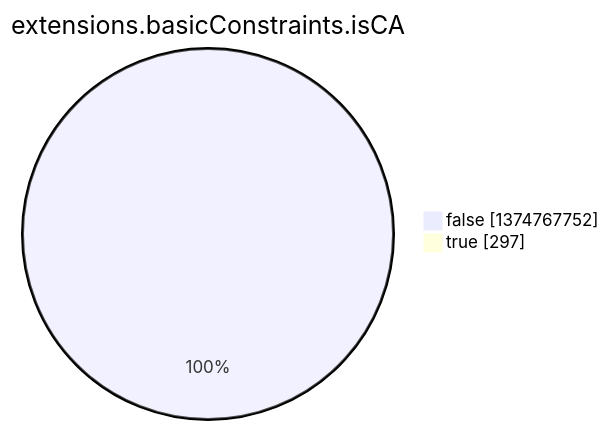
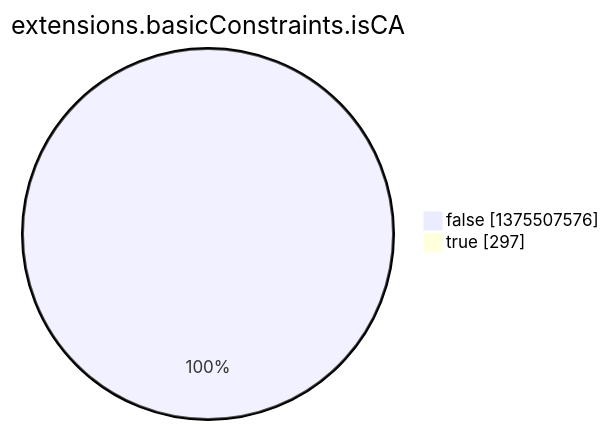
Before and after one commit to christiankrug/ctmonitor_visualization: the eighth of 15 diagrams in argon2022/README.md, drawn with Mermaid. The commit also changed other lines of this file, not shown here.

````diff
--- a/argon2022/README.md
+++ b/argon2022/README.md
@@ -2759,6 +2759,6 @@
 ```mermaid
 pie showData
 title extensions.basicConstraints.isCA
-"false" :1374767752
+"false" :1375507576
 "true" :297
 ```
````
